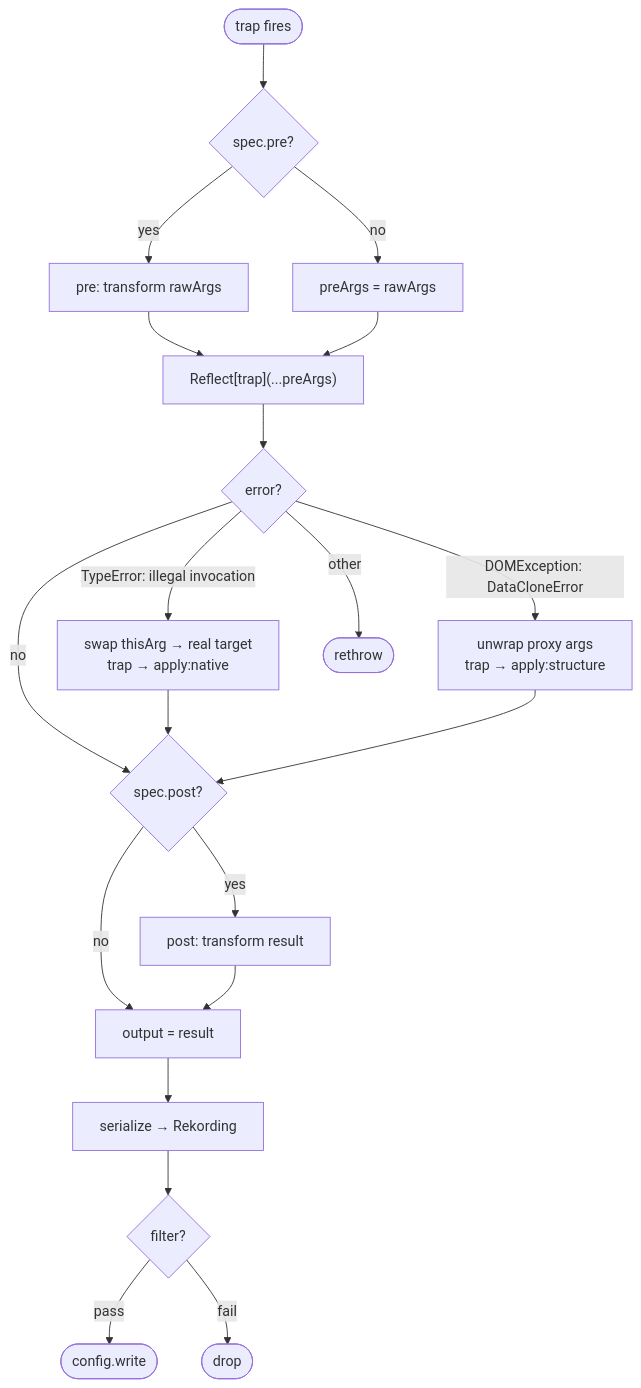
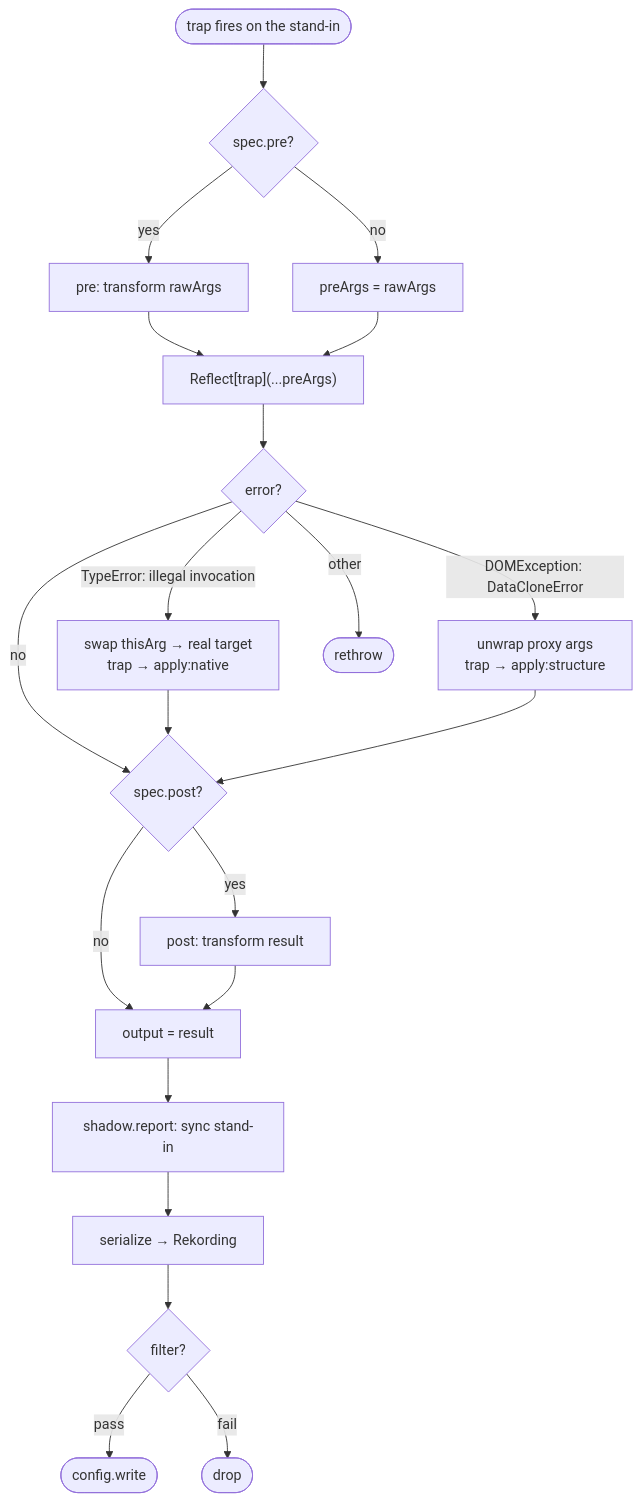
One commit to rspieker/flugrekorder changed the second of 3 diagrams in DESIGN.md. Above: the diagram before and after it, drawn with Mermaid. The commit also changed other lines of this file and 7 other files, not shown here.

````diff
--- a/DESIGN.md
+++ b/DESIGN.md
@@ -95,25 +95,26 @@
 ```mermaid
 flowchart TD
-    A([trap fires]) --> B{spec.pre?}
+    A([trap fires on the stand-in]) --> B{spec.pre?}
     B -- yes --> C[pre: transform rawArgs]
     B -- no --> D[preArgs = rawArgs]
     C --> E
     D --> E
 
     E["Reflect[trap](...preArgs)"] --> F{error?}
     F -- no --> G{spec.post?}
     F -- "TypeError: illegal invocation" --> H["swap thisArg → real target<br/>trap → apply:native"]
     F -- "DOMException: DataCloneError" --> I["unwrap proxy args<br/>trap → apply:structure"]
     F -- other --> J([rethrow])
     H --> G
     I --> G
 
     G -- yes --> K[post: transform result]
     G -- no --> L[output = result]
     K --> L
 
-    L --> M["serialize → Rekording"]
+    L --> S["shadow.report: sync stand-in"]
+    S --> M["serialize → Rekording"]
     M --> N{filter?}
     N -- pass --> O([config.write])
     N -- fail --> P([drop])
 ```
````
